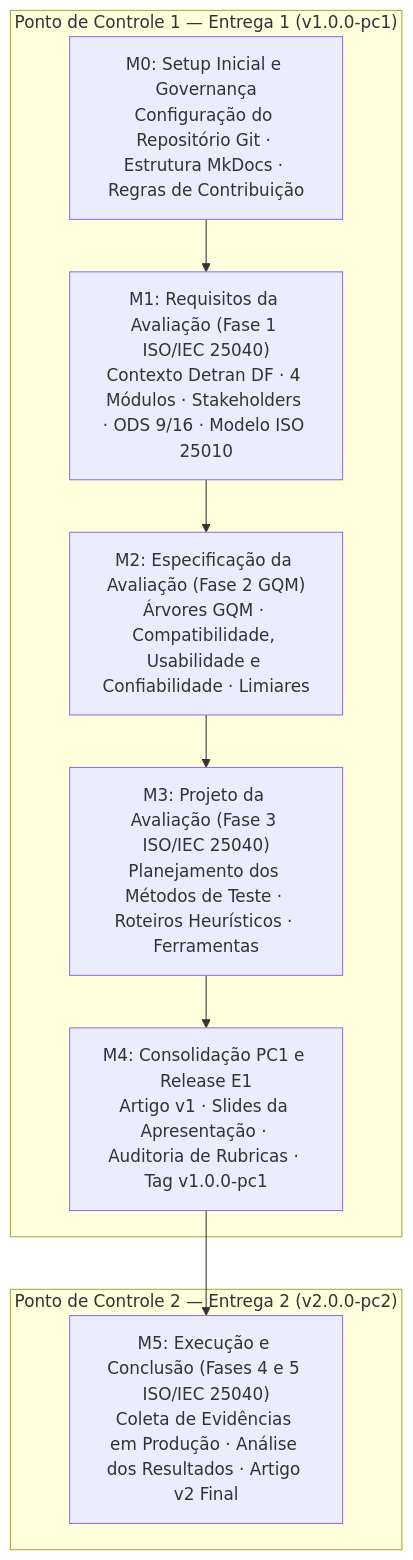
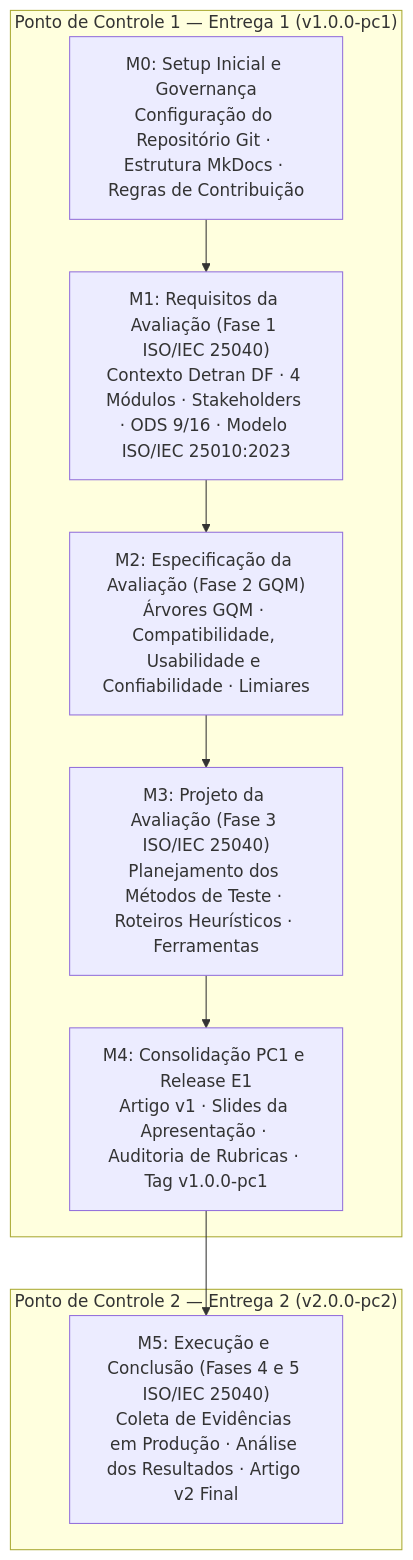
One commit to FCTE-Qualidade-de-Software-1/2026-2_T02_KAY_MCNULTY changed the third of 6 diagrams in docs/gestao/metricas-psm.md. Above: the diagram before and after it, drawn with Mermaid. The commit also changed other lines of this file, not shown here.

````diff
--- a/docs/gestao/metricas-psm.md
+++ b/docs/gestao/metricas-psm.md
@@ -59,15 +70,15 @@
 ```mermaid
 flowchart TD
     subgraph PC1["Ponto de Controle 1 — Entrega 1 (v1.0.0-pc1)"]
         M0["M0: Setup Inicial e Governança<br/>Configuração do Repositório Git · Estrutura MkDocs · Regras de Contribuição"]
-        M1["M1: Requisitos da Avaliação (Fase 1 ISO/IEC 25040)<br/>Contexto Detran DF · 4 Módulos · Stakeholders · ODS 9/16 · Modelo ISO 25010"]
+        M1["M1: Requisitos da Avaliação (Fase 1 ISO/IEC 25040)<br/>Contexto Detran DF · 4 Módulos · Stakeholders · ODS 9/16 · Modelo ISO/IEC 25010:2023"]
         M2["M2: Especificação da Avaliação (Fase 2 GQM)<br/>Árvores GQM · Compatibilidade, Usabilidade e Confiabilidade · Limiares"]
         M3["M3: Projeto da Avaliação (Fase 3 ISO/IEC 25040)<br/>Planejamento dos Métodos de Teste · Roteiros Heurísticos · Ferramentas"]
         M4["M4: Consolidação PC1 e Release E1<br/>Artigo v1 · Slides da Apresentação · Auditoria de Rubricas · Tag v1.0.0-pc1"]
         M0 --> M1 --> M2 --> M3 --> M4
     end
     subgraph PC2["Ponto de Controle 2 — Entrega 2 (v2.0.0-pc2)"]
         M5["M5: Execução e Conclusão (Fases 4 e 5 ISO/IEC 25040)<br/>Coleta de Evidências em Produção · Análise dos Resultados · Artigo v2 Final"]
     end
     M4 --> M5
 ```
````
